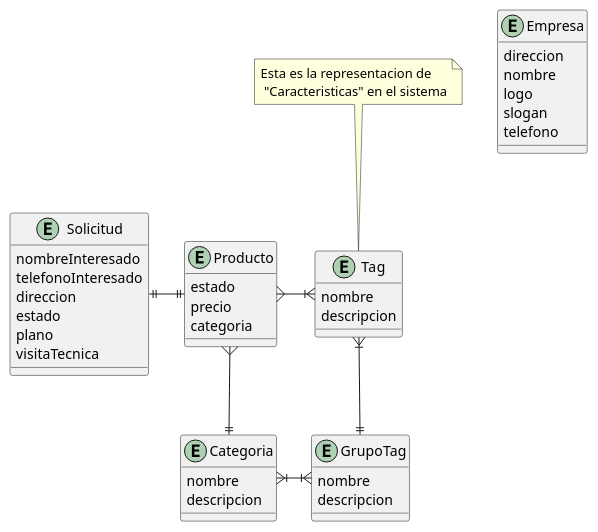
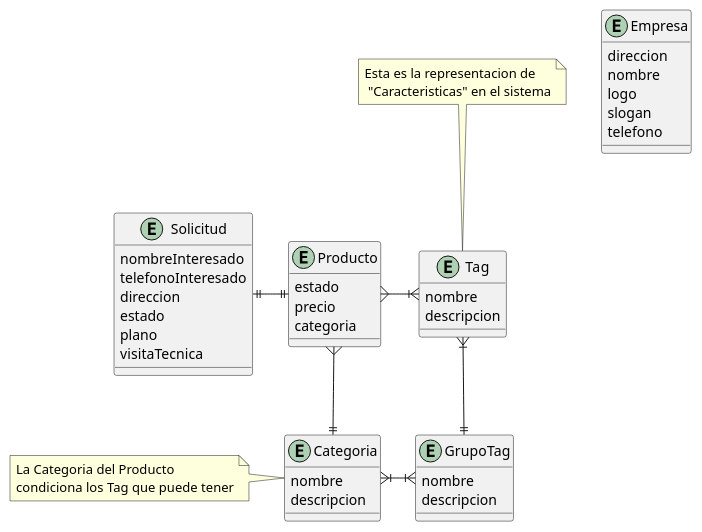
The diagram in ModeloDeDatos/metalK_dataModel.puml (Los-Waza/MetalK_Documentation), drawn with PlantUML before and after one commit.

Commit message:
Comentario

```diff
--- a/ModeloDeDatos/metalK_dataModel.puml
+++ b/ModeloDeDatos/metalK_dataModel.puml
@@ -1,51 +1,51 @@
 @startuml MetalK_DataModel
     skinparam linestyle orto
     entity sol as "Solicitud"{
         nombreInteresado
         telefonoInteresado
         direccion
         estado
         plano
         visitaTecnica
     }
 
     entity pro as "Producto"{
         estado
         precio
         categoria
     }
     entity cat as "Categoria" {   
         nombre
         descripcion
     }
 
     entity gt as "GrupoTag" {   
         nombre
         descripcion
     }
 
     entity tag as "Tag" {   
         nombre
         descripcion
     }
 
     entity emp as "Empresa"{
         direccion
         nombre
         logo
         slogan
         telefono
     }
 
 
     tag }|-left-{ pro
     pro ||-left-|| sol
     pro }-down-|| cat
     tag }|-down-|| gt
     cat }|-right-|{ gt
     
     note top of tag: Esta es la representacion de \n "Caracteristicas" en el sistema
-
+    note left of cat: La Categoria del Producto \ncondiciona los Tag que puede tener
 
     
 @enduml
```
